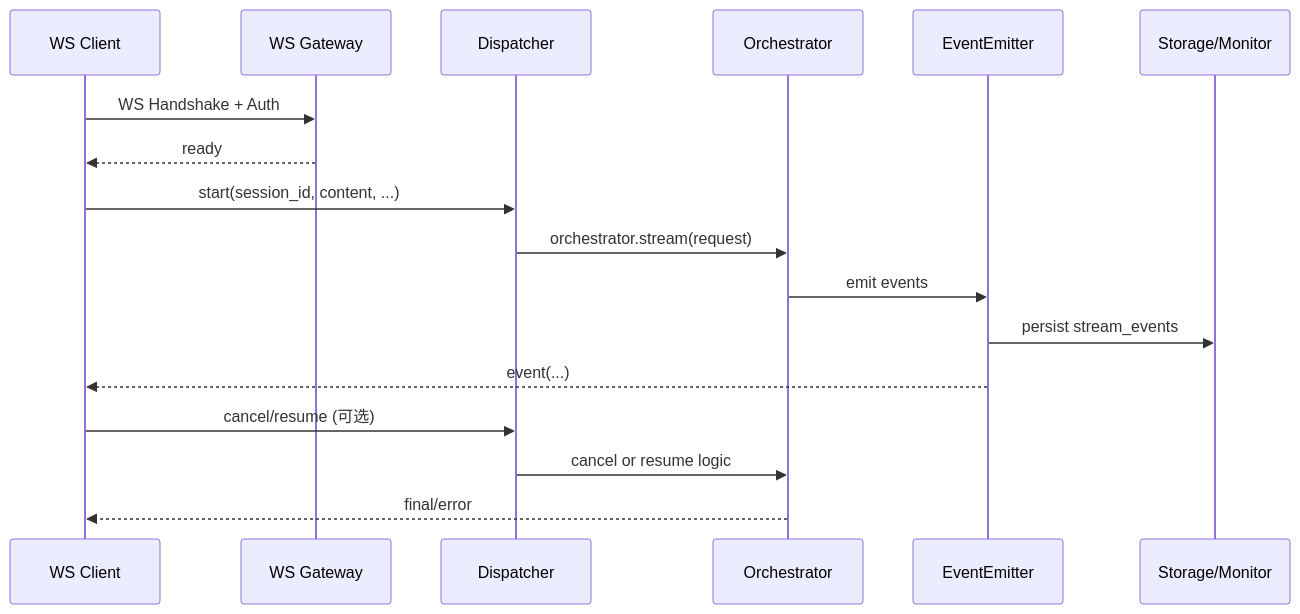
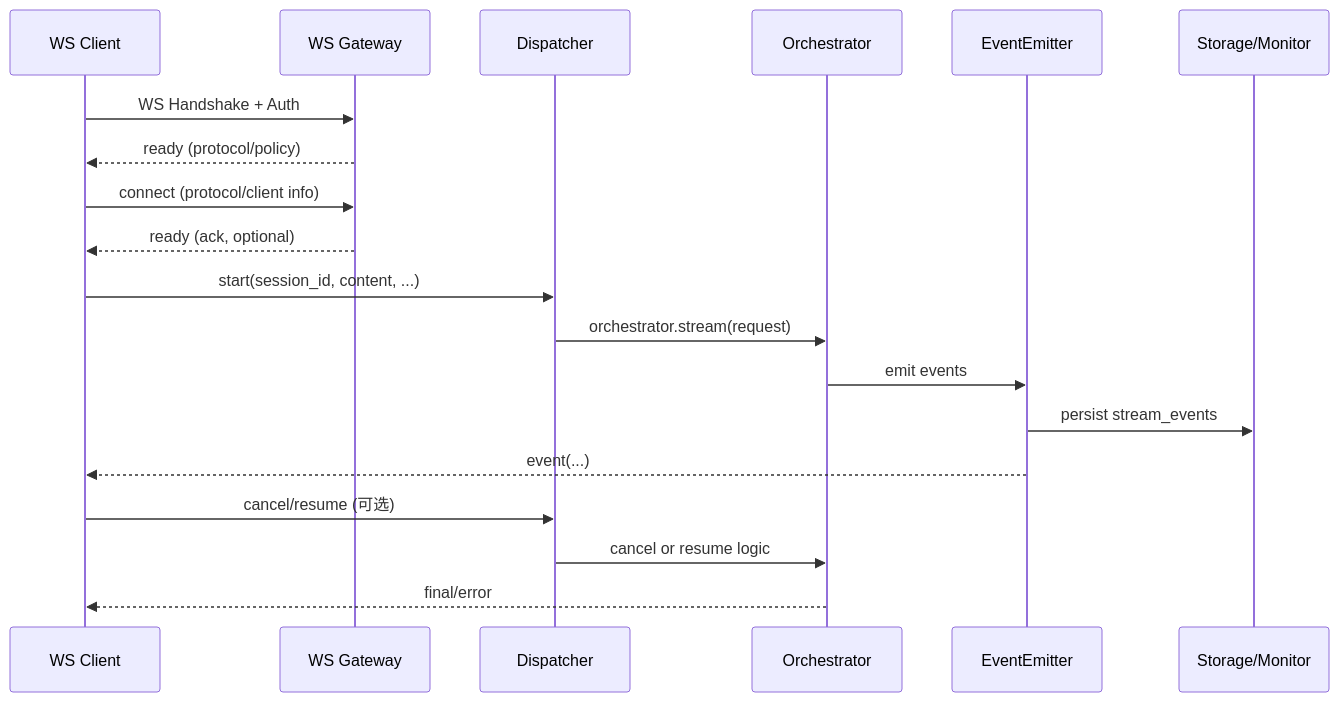
One commit to ylsdamxssjxxdd/wunder changed the second of 2 diagrams in docs/WebSocket-Transport.md. Above: the diagram before and after it, drawn with Mermaid. The commit also changed other lines of this file and 34 other files, not shown here.

````diff
--- a/docs/WebSocket-Transport.md
+++ b/docs/WebSocket-Transport.md
@@ -213,20 +257,22 @@
 ```mermaid
 sequenceDiagram
   participant C as WS Client
   participant G as WS Gateway
   participant D as Dispatcher
   participant O as Orchestrator
   participant E as EventEmitter
   participant S as Storage/Monitor
 
   C->>G: WS Handshake + Auth
-  G-->>C: ready
+  G-->>C: ready (protocol/policy)
+  C->>G: connect (protocol/client info)
+  G-->>C: ready (ack, optional)
   C->>D: start(session_id, content, ...)
   D->>O: orchestrator.stream(request)
   O->>E: emit events
   E->>S: persist stream_events
   E-->>C: event(...)
   C->>D: cancel/resume (可选)
   D->>O: cancel or resume logic
   O-->>C: final/error
 ```
````
